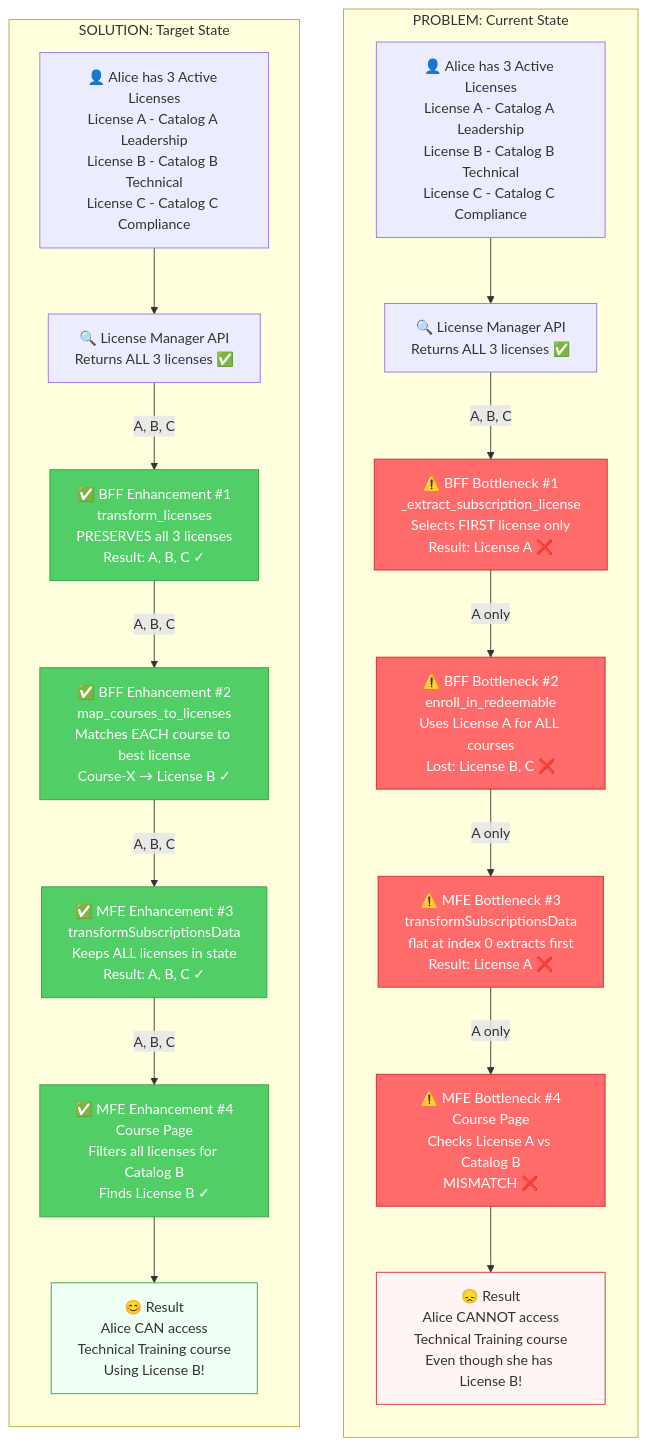
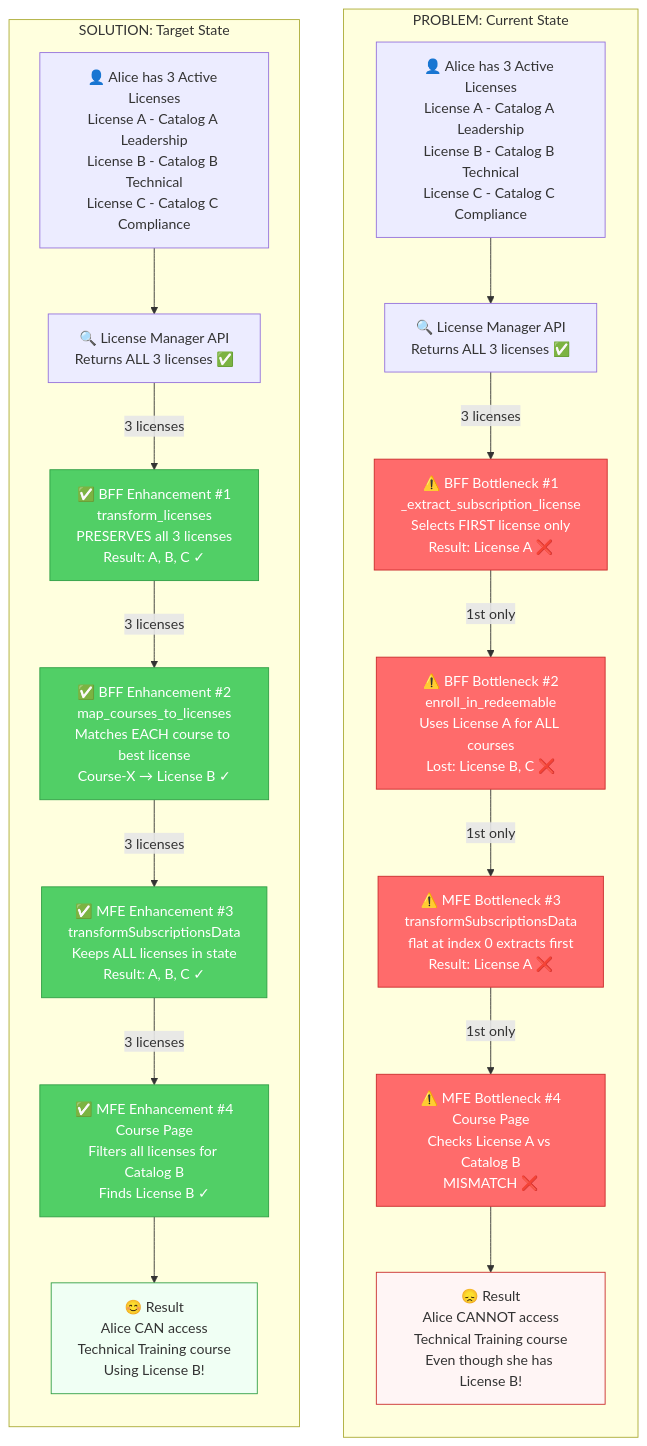
One commit to rgopalrao-sonata-png/edx-enterprise changed the first of 11 diagrams in multiplex_solution.md. Above: the diagram before and after it, drawn with Mermaid. The commit also changed other lines of this file, not shown here.

Commit message:
Refactor license flow and update diagrams

````diff
--- a/multiplex_solution.md
+++ b/multiplex_solution.md
@@ -62,62 +62,62 @@
 ```mermaid
 graph TB
     subgraph "PROBLEM: Current State"
         direction TB
         P1[👤 Alice has 3 Active Licenses<br/>License A - Catalog A Leadership<br/>License B - Catalog B Technical<br/>License C - Catalog C Compliance]
         
         P2[🔍 License Manager API<br/>Returns ALL 3 licenses ✅]
         
         P3[⚠️ BFF Bottleneck #1<br/>_extract_subscription_license<br/>Selects FIRST license only<br/>Result: License A ❌]
         
         P4[⚠️ BFF Bottleneck #2<br/>enroll_in_redeemable<br/>Uses License A for ALL courses<br/>Lost: License B, C ❌]
         
         P5[⚠️ MFE Bottleneck #3<br/>transformSubscriptionsData<br/>flat at index 0 extracts first<br/>Result: License A ❌]
         
         P6[⚠️ MFE Bottleneck #4<br/>Course Page<br/>Checks License A vs Catalog B<br/>MISMATCH ❌]
         
         P7[😞 Result<br/>Alice CANNOT access<br/>Technical Training course<br/>Even though she has License B!]
         
         P1 --> P2
-        P2 -->|A, B, C| P3
-        P3 -->|A only| P4
-        P4 -->|A only| P5
-        P5 -->|A only| P6
+        P2 -->|3 licenses| P3
+        P3 -->|1st only| P4
+        P4 -->|1st only| P5
+        P5 -->|1st only| P6
         P6 --> P7
         
         style P3 fill:#ff6b6b,stroke:#c92a2a,color:#fff
         style P4 fill:#ff6b6b,stroke:#c92a2a,color:#fff
         style P5 fill:#ff6b6b,stroke:#c92a2a,color:#fff
         style P6 fill:#ff6b6b,stroke:#c92a2a,color:#fff
         style P7 fill:#fff5f5,stroke:#c92a2a
     end
     
     subgraph "SOLUTION: Target State"
         direction TB
         S1[👤 Alice has 3 Active Licenses<br/>License A - Catalog A Leadership<br/>License B - Catalog B Technical<br/>License C - Catalog C Compliance]
         
         S2[🔍 License Manager API<br/>Returns ALL 3 licenses ✅]
         
         S3["✅ BFF Enhancement #1<br/>transform_licenses<br/>PRESERVES all 3 licenses<br/>Result: A, B, C ✓"]
         
         S4[✅ BFF Enhancement #2<br/>map_courses_to_licenses<br/>Matches EACH course to best license<br/>Course-X → License B ✓]
         
         S5["✅ MFE Enhancement #3<br/>transformSubscriptionsData<br/>Keeps ALL licenses in state<br/>Result: A, B, C ✓"]
         
         S6[✅ MFE Enhancement #4<br/>Course Page<br/>Filters all licenses for Catalog B<br/>Finds License B ✓]
         
         S7[😊 Result<br/>Alice CAN access<br/>Technical Training course<br/>Using License B!]
         
         S1 --> S2
-        S2 -->|A, B, C| S3
-        S3 -->|A, B, C| S4
-        S4 -->|A, B, C| S5
-        S5 -->|A, B, C| S6
+        S2 -->|3 licenses| S3
+        S3 -->|3 licenses| S4
+        S4 -->|3 licenses| S5
+        S5 -->|3 licenses| S6
         S6 --> S7
         
         style S3 fill:#51cf66,stroke:#2f9e44,color:#fff
         style S4 fill:#51cf66,stroke:#2f9e44,color:#fff
         style S5 fill:#51cf66,stroke:#2f9e44,color:#fff
         style S6 fill:#51cf66,stroke:#2f9e44,color:#fff
         style S7 fill:#f0fff4,stroke:#2f9e44
     end
 ```
````
